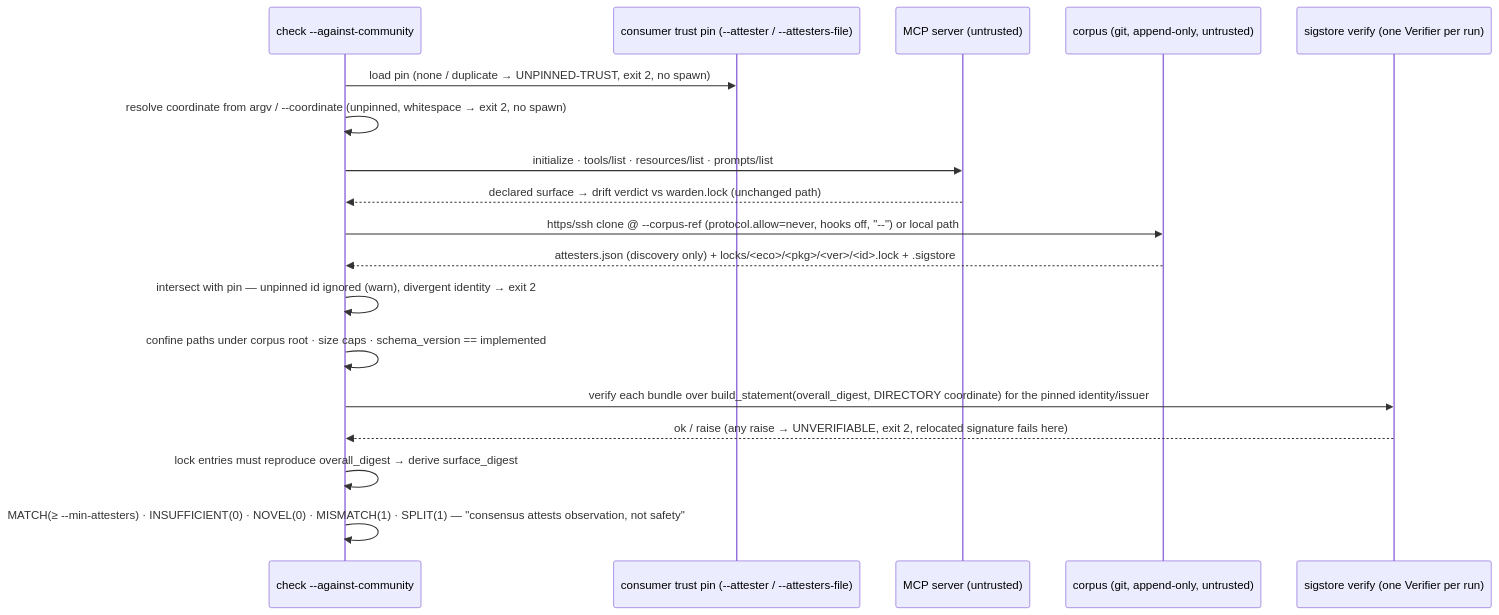
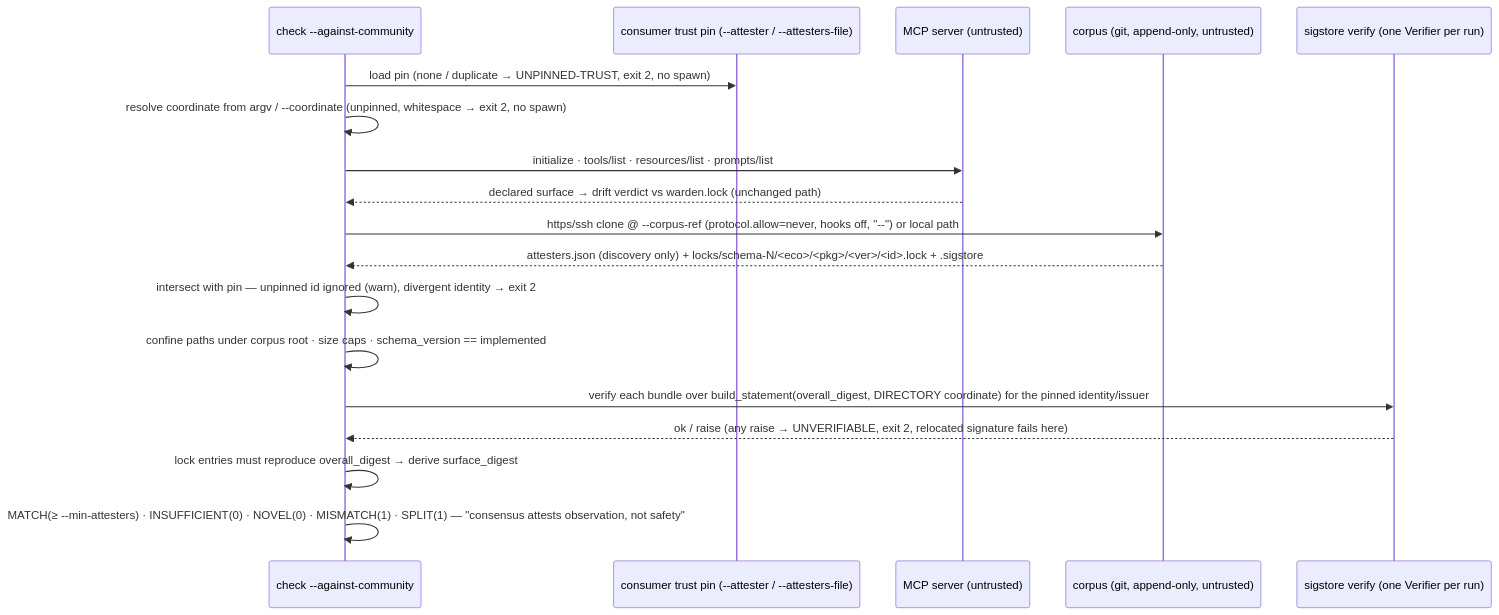
One commit to DataScience-EngineeringExperts/mcp-warden changed the fourth of 4 diagrams in SYSTEM_CONTEXT_DIAGRAM.md. Above: the diagram before and after it, drawn with Mermaid. The commit also changed 29 other files, not shown here.

First line of the commit message:
corpus: read entries from locks/schema-<N>/ (DSE-2143) (#124)

````diff
--- a/SYSTEM_CONTEXT_DIAGRAM.md
+++ b/SYSTEM_CONTEXT_DIAGRAM.md
@@ -272,20 +272,20 @@
 ```mermaid
 sequenceDiagram
     participant CI as check --against-community
     participant P as consumer trust pin (--attester / --attesters-file)
     participant S as MCP server (untrusted)
     participant C as corpus (git, append-only, untrusted)
     participant SG as sigstore verify (one Verifier per run)
     CI->>P: load pin (none / duplicate → UNPINNED-TRUST, exit 2, no spawn)
     CI->>CI: resolve coordinate from argv / --coordinate (unpinned, whitespace → exit 2, no spawn)
     CI->>S: initialize · tools/list · resources/list · prompts/list
     S-->>CI: declared surface → drift verdict vs warden.lock (unchanged path)
     CI->>C: https/ssh clone @ --corpus-ref (protocol.allow=never, hooks off, "--") or local path
-    C-->>CI: attesters.json (discovery only) + locks/<eco>/<pkg>/<ver>/<id>.lock + .sigstore
+    C-->>CI: attesters.json (discovery only) + locks/schema-N/<eco>/<pkg>/<ver>/<id>.lock + .sigstore
     CI->>CI: intersect with pin — unpinned id ignored (warn), divergent identity → exit 2
     CI->>CI: confine paths under corpus root · size caps · schema_version == implemented
     CI->>SG: verify each bundle over build_statement(overall_digest, DIRECTORY coordinate) for the pinned identity/issuer
     SG-->>CI: ok / raise (any raise → UNVERIFIABLE, exit 2, relocated signature fails here)
     CI->>CI: lock entries must reproduce overall_digest → derive surface_digest
     CI->>CI: MATCH(≥ --min-attesters) · INSUFFICIENT(0) · NOVEL(0) · MISMATCH(1) · SPLIT(1) — "consensus attests observation, not safety"
 ```
````
